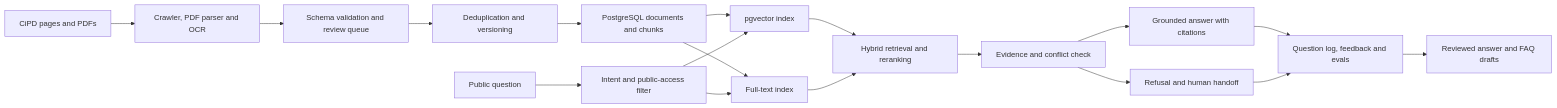
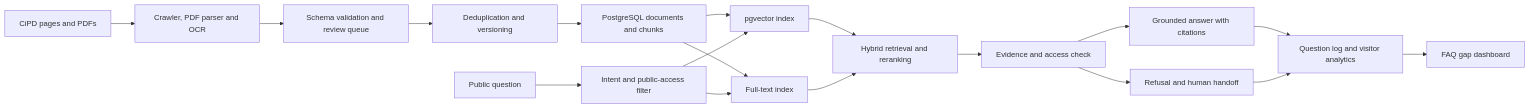
One commit to Adwait-verma/rag-based-chatbot-for-cipd changed the diagram in README.md. Above: the diagram before and after it, drawn with Mermaid. The commit also changed other lines of this file, not shown here.

````diff
--- a/README.md
+++ b/README.md
@@ -111,20 +125,20 @@
 ```mermaid
 flowchart LR
     A[CiPD pages and PDFs] --> B[Crawler, PDF parser and OCR]
     B --> C[Schema validation and review queue]
     C --> D[Deduplication and versioning]
     D --> E[PostgreSQL documents and chunks]
     E --> F[pgvector index]
     E --> G[Full-text index]
     Q[Public question] --> H[Intent and public-access filter]
     H --> F
     H --> G
     F --> I[Hybrid retrieval and reranking]
     G --> I
-    I --> J[Evidence and conflict check]
+    I --> J[Evidence and access check]
     J --> K[Grounded answer with citations]
     J --> L[Refusal and human handoff]
-    K --> M[Question log, feedback and evals]
+    K --> M[Question log and visitor analytics]
     L --> M
-    M --> N[Reviewed answer and FAQ drafts]
+    M --> N[FAQ gap dashboard]
 ```
````
